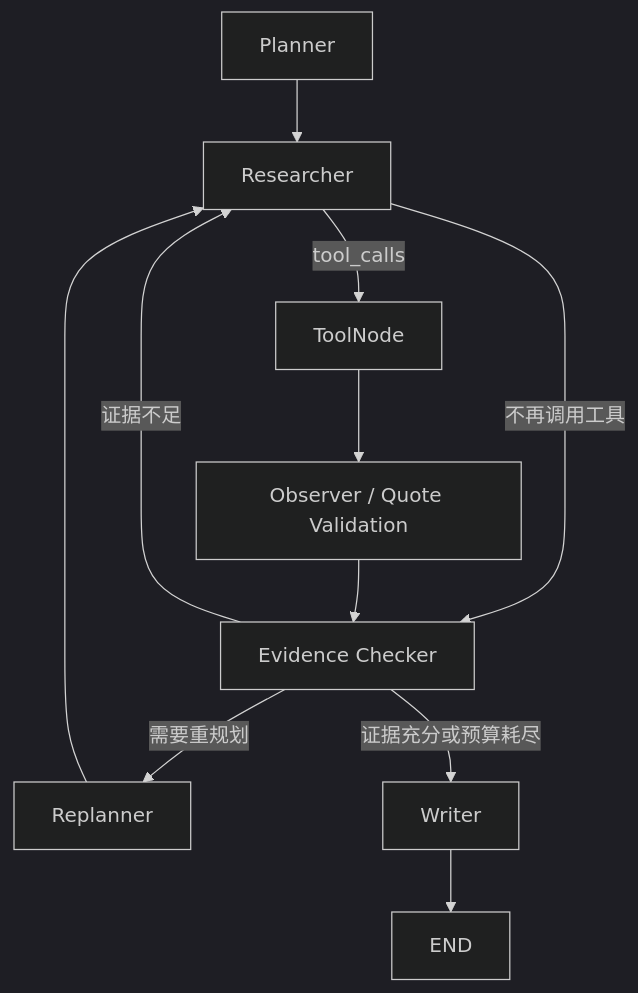
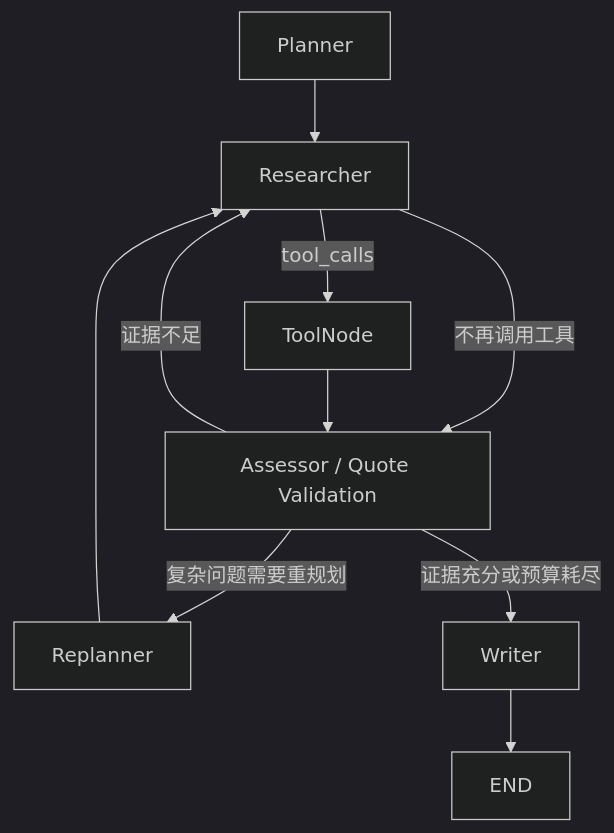
The diagram in README.md (daluan2000/novel_tracer), drawn with Mermaid (dark theme) before and after one commit. The commit also changed other lines of this file and 21 other files, not shown here.

````diff
--- a/README.md
+++ b/README.md
@@ -28,13 +28,12 @@
 ```mermaid
 flowchart TD
     A[Planner] --> B[Researcher]
     B -->|tool_calls| C[ToolNode]
-    B -->|不再调用工具| E[Evidence Checker]
-    C --> D[Observer / Quote Validation]
-    D --> E
+    B -->|不再调用工具| E[Assessor / Quote Validation]
+    C --> E
     E -->|证据不足| B
-    E -->|需要重规划| F[Replanner]
+    E -->|复杂问题需要重规划| F[Replanner]
     F --> B
     E -->|证据充分或预算耗尽| G[Writer]
     G --> H[END]
 ```
````
